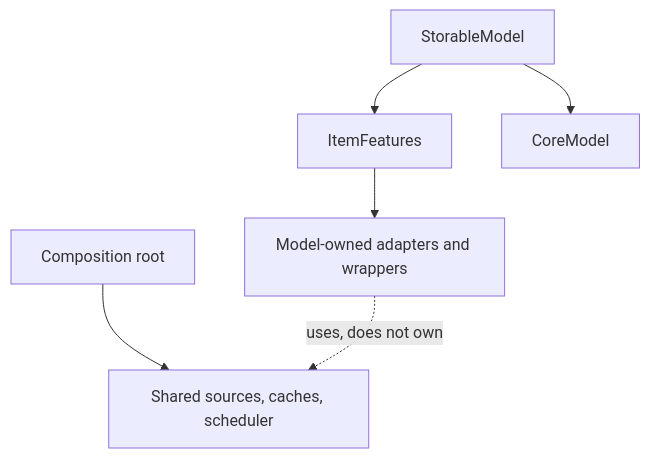
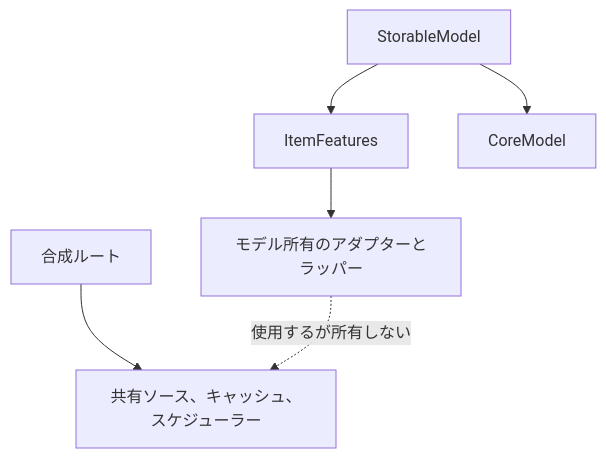
One commit to 0x5bfa/Files changed the fourth of 4 diagrams in docs/architecture/item-features.md. Above: the diagram before and after it, drawn with Mermaid. The commit also changed other lines of this file and 18 other files, not shown here.

Commit message:
Translate architecture docs to Japanese

````diff
--- a/docs/architecture/item-features.md
+++ b/docs/architecture/item-features.md
@@ -200,15 +205,15 @@
 ```mermaid
 flowchart TB
-    Root["Composition root"]
-    Shared["Shared sources, caches, scheduler"]
+    Root["合成ルート"]
+    Shared["共有ソース、キャッシュ、スケジューラー"]
     Model["StorableModel"]
     Features["ItemFeatures"]
-    Bound["Model-owned adapters and wrappers"]
+    Bound["モデル所有のアダプターとラッパー"]
     Core["CoreModel"]
 
     Root --> Shared
     Model --> Features
     Model --> Core
     Features --> Bound
-    Bound -. uses, does not own .-> Shared
+    Bound -. 使用するが所有しない .-> Shared
 ```
````
